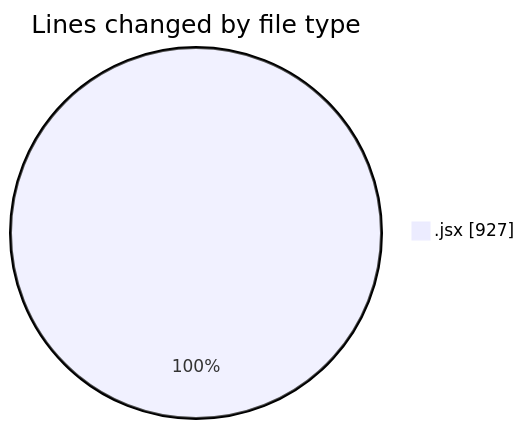
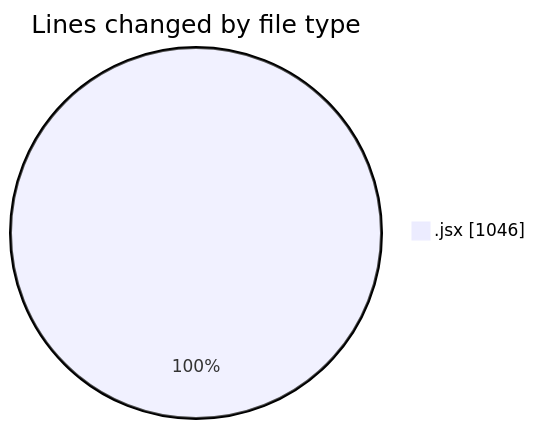
Before and after one commit to nxtqubesakshisongat/code-tracking: the first of 2 diagrams in 2026-01-16/nxtqube_webapp/README.md, drawn with Mermaid. The commit also changed other lines of this file and 1 other file, not shown here.

````diff
--- a/2026-01-16/nxtqube_webapp/README.md
+++ b/2026-01-16/nxtqube_webapp/README.md
@@ -21,5 +22,5 @@
 ```mermaid
 pie showData
 title Lines changed by file type
-".jsx" : 927
+".jsx" : 1046
 ```
````
